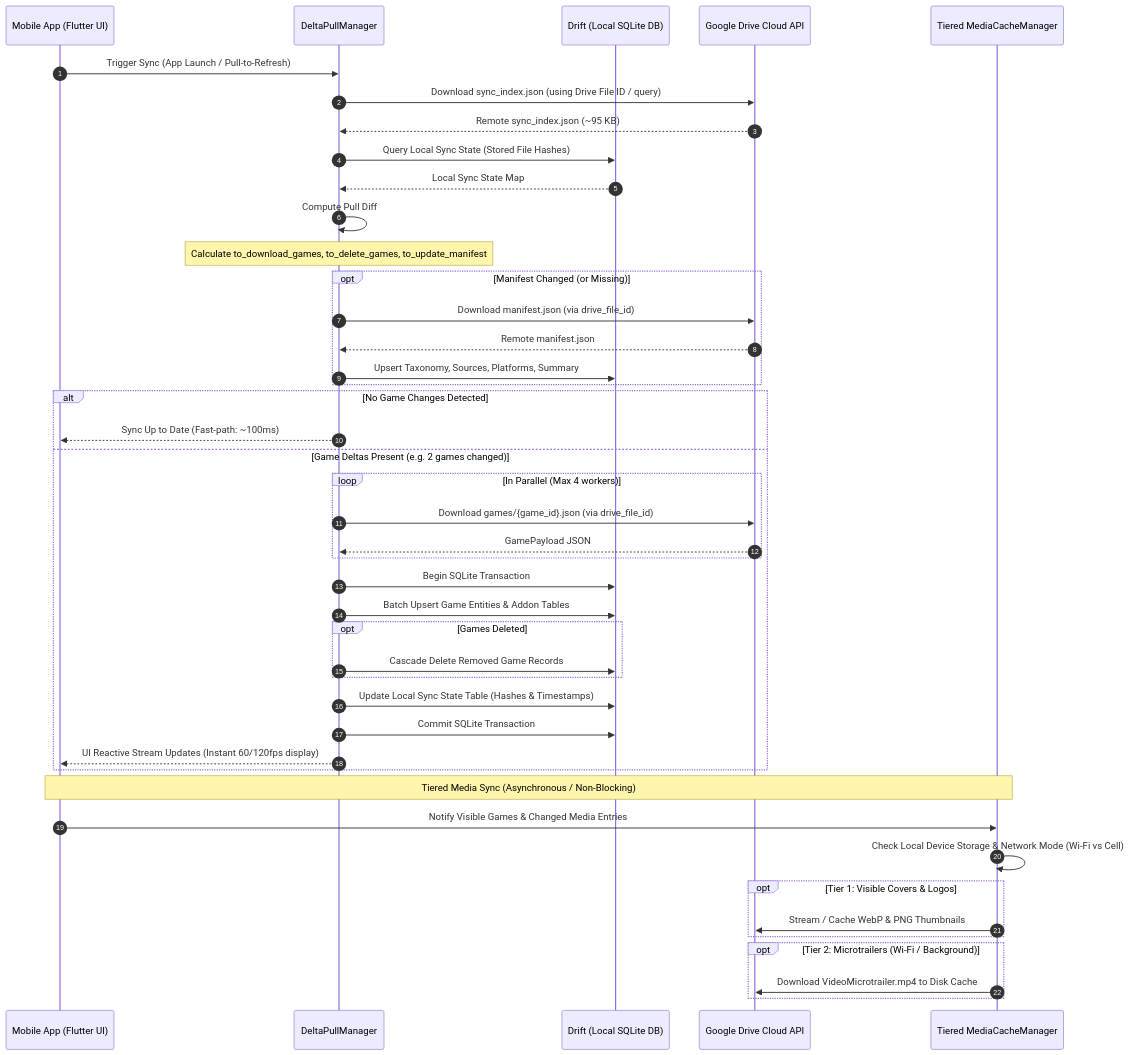
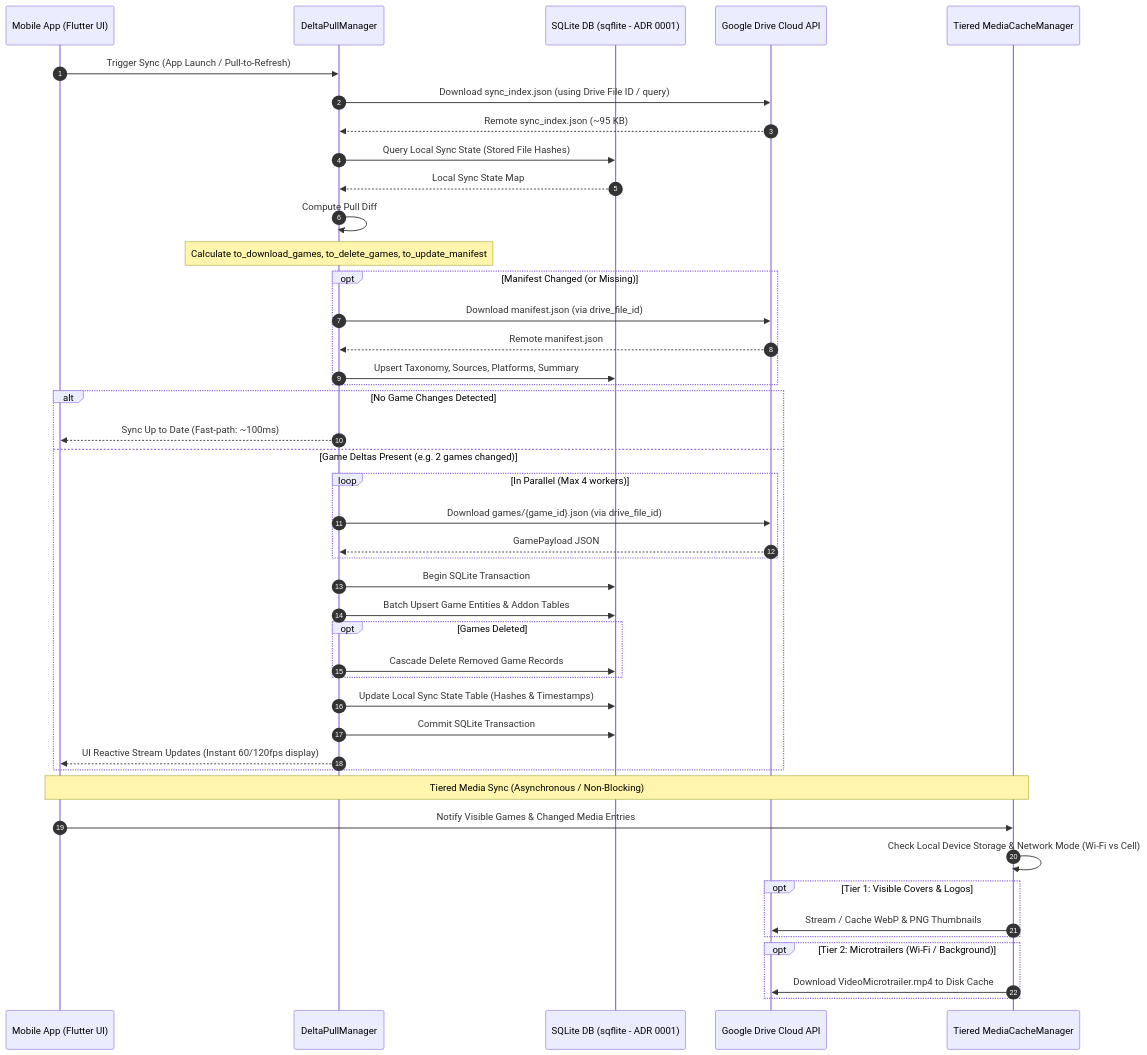
One commit to Adithya-Jayan/playnite-mobile-companion changed the second of 2 diagrams in .orchestrator/SPECS/DELTA_SYNC_SPEC.md. Above: the diagram before and after it, drawn with Mermaid. The commit also changed other lines of this file and 5 other files, not shown here.

First line of the commit message:
docs: ratify schema, ADR 0001 sqflite, DuplicateHider invariants and mobile features (Part of #4)

````diff
--- a/.orchestrator/SPECS/DELTA_SYNC_SPEC.md
+++ b/.orchestrator/SPECS/DELTA_SYNC_SPEC.md
@@ -337,53 +338,53 @@
 ```mermaid
 sequenceDiagram
     autonumber
     participant App as Mobile App (Flutter UI)
     participant PullMgr as DeltaPullManager
-    participant Drift as Drift (Local SQLite DB)
+    participant DB as SQLite DB (sqflite - ADR 0001)
     participant Drive as Google Drive Cloud API
     participant MediaMgr as Tiered MediaCacheManager
 
     App->>PullMgr: Trigger Sync (App Launch / Pull-to-Refresh)
     PullMgr->>Drive: Download sync_index.json (using Drive File ID / query)
     Drive-->>PullMgr: Remote sync_index.json (~95 KB)
     
-    PullMgr->>Drift: Query Local Sync State (Stored File Hashes)
-    Drift-->>PullMgr: Local Sync State Map
+    PullMgr->>DB: Query Local Sync State (Stored File Hashes)
+    DB-->>PullMgr: Local Sync State Map
     
     PullMgr->>PullMgr: Compute Pull Diff
     Note over PullMgr: Calculate to_download_games, to_delete_games, to_update_manifest
 
     opt Manifest Changed (or Missing)
         PullMgr->>Drive: Download manifest.json (via drive_file_id)
         Drive-->>PullMgr: Remote manifest.json
-        PullMgr->>Drift: Upsert Taxonomy, Sources, Platforms, Summary
+        PullMgr->>DB: Upsert Taxonomy, Sources, Platforms, Summary
     end
 
     alt No Game Changes Detected
         PullMgr-->>App: Sync Up to Date (Fast-path: ~100ms)
     else Game Deltas Present (e.g. 2 games changed)
         loop In Parallel (Max 4 workers)
             PullMgr->>Drive: Download games/{game_id}.json (via drive_file_id)
             Drive-->>PullMgr: GamePayload JSON
         end
 
-        PullMgr->>Drift: Begin SQLite Transaction
-        PullMgr->>Drift: Batch Upsert Game Entities & Addon Tables
+        PullMgr->>DB: Begin SQLite Transaction
+        PullMgr->>DB: Batch Upsert Game Entities & Addon Tables
         opt Games Deleted
-            PullMgr->>Drift: Cascade Delete Removed Game Records
+            PullMgr->>DB: Cascade Delete Removed Game Records
         end
-        PullMgr->>Drift: Update Local Sync State Table (Hashes & Timestamps)
-        PullMgr->>Drift: Commit SQLite Transaction
+        PullMgr->>DB: Update Local Sync State Table (Hashes & Timestamps)
+        PullMgr->>DB: Commit SQLite Transaction
         PullMgr-->>App: UI Reactive Stream Updates (Instant 60/120fps display)
     end
 
     Note over App,MediaMgr: Tiered Media Sync (Asynchronous / Non-Blocking)
     App->>MediaMgr: Notify Visible Games & Changed Media Entries
     MediaMgr->>MediaMgr: Check Local Device Storage & Network Mode (Wi-Fi vs Cell)
     opt Tier 1: Visible Covers & Logos
         MediaMgr->>Drive: Stream / Cache WebP & PNG Thumbnails
     end
     opt Tier 2: Microtrailers (Wi-Fi / Background)
         MediaMgr->>Drive: Download VideoMicrotrailer.mp4 to Disk Cache
     end
 ```
````
